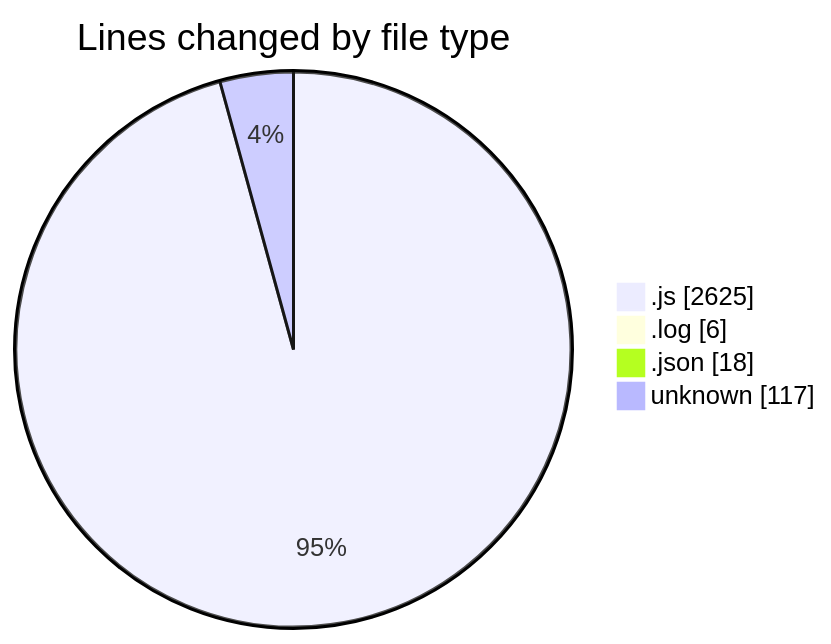
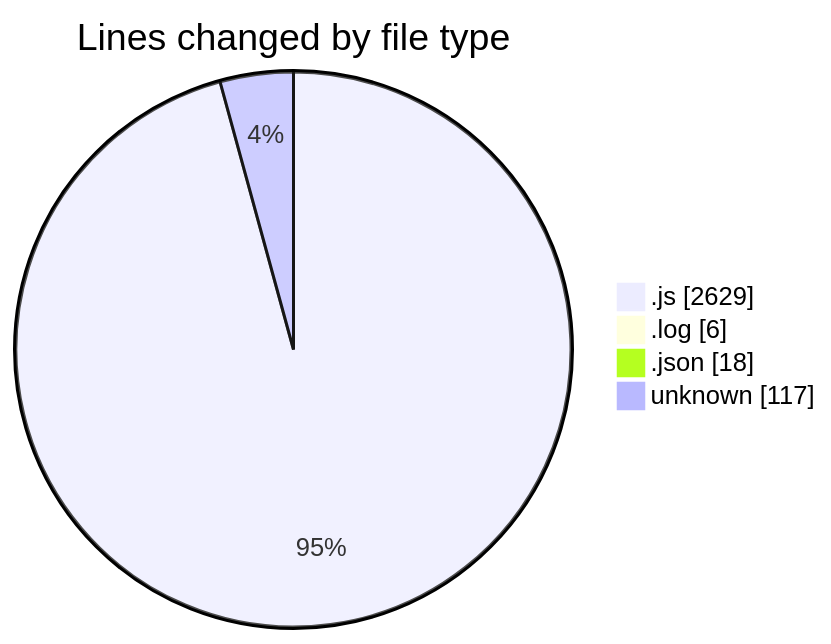
Before and after one commit to BS-eng2023/code-tracking: the first of 2 diagrams in 2025-03-31/jsvms/README.md, drawn with Mermaid. The commit also changed other lines of this file and 1 other file, not shown here.

````diff
--- a/2025-03-31/jsvms/README.md
+++ b/2025-03-31/jsvms/README.md
@@ -49,8 +49,8 @@
 ```mermaid
 pie showData
 title Lines changed by file type
-".js" : 2625
+".js" : 2629
 ".log" : 6
 ".json" : 18
 "unknown" : 117
 ```
````
